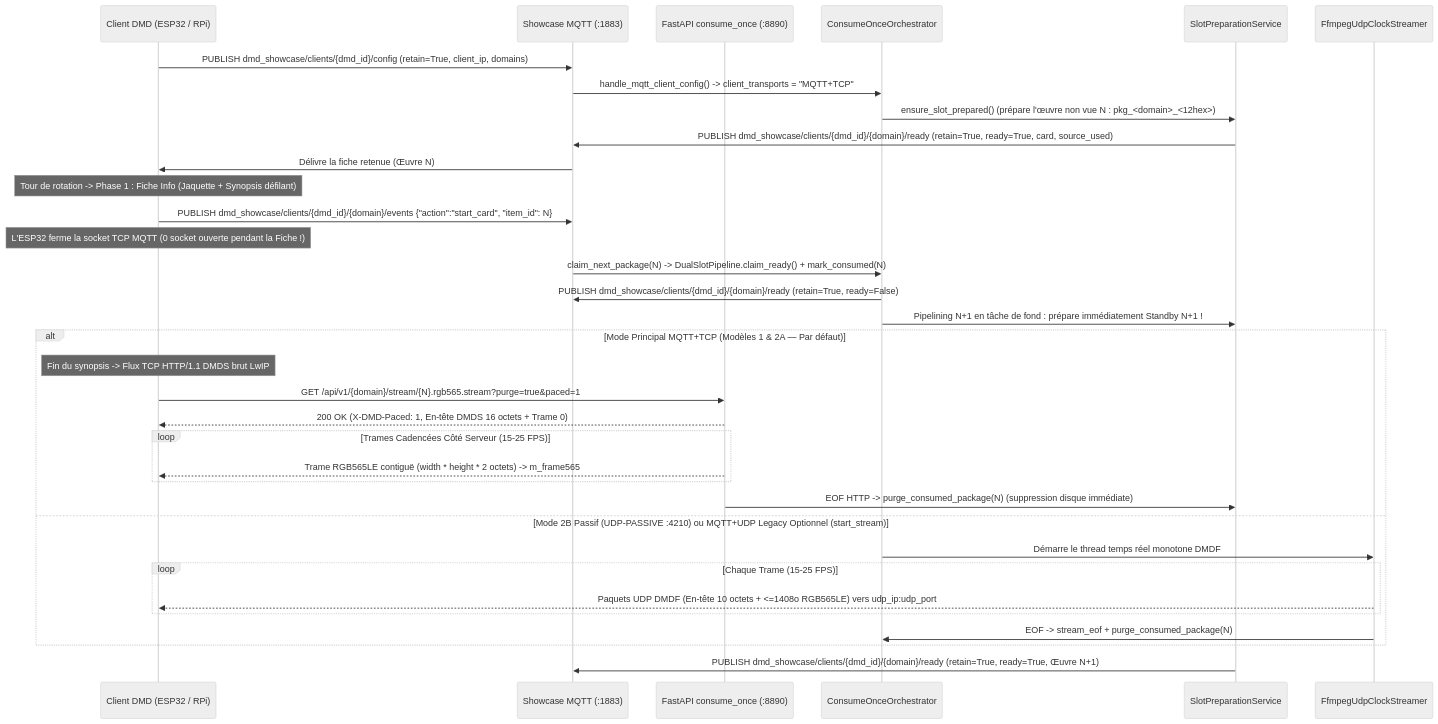
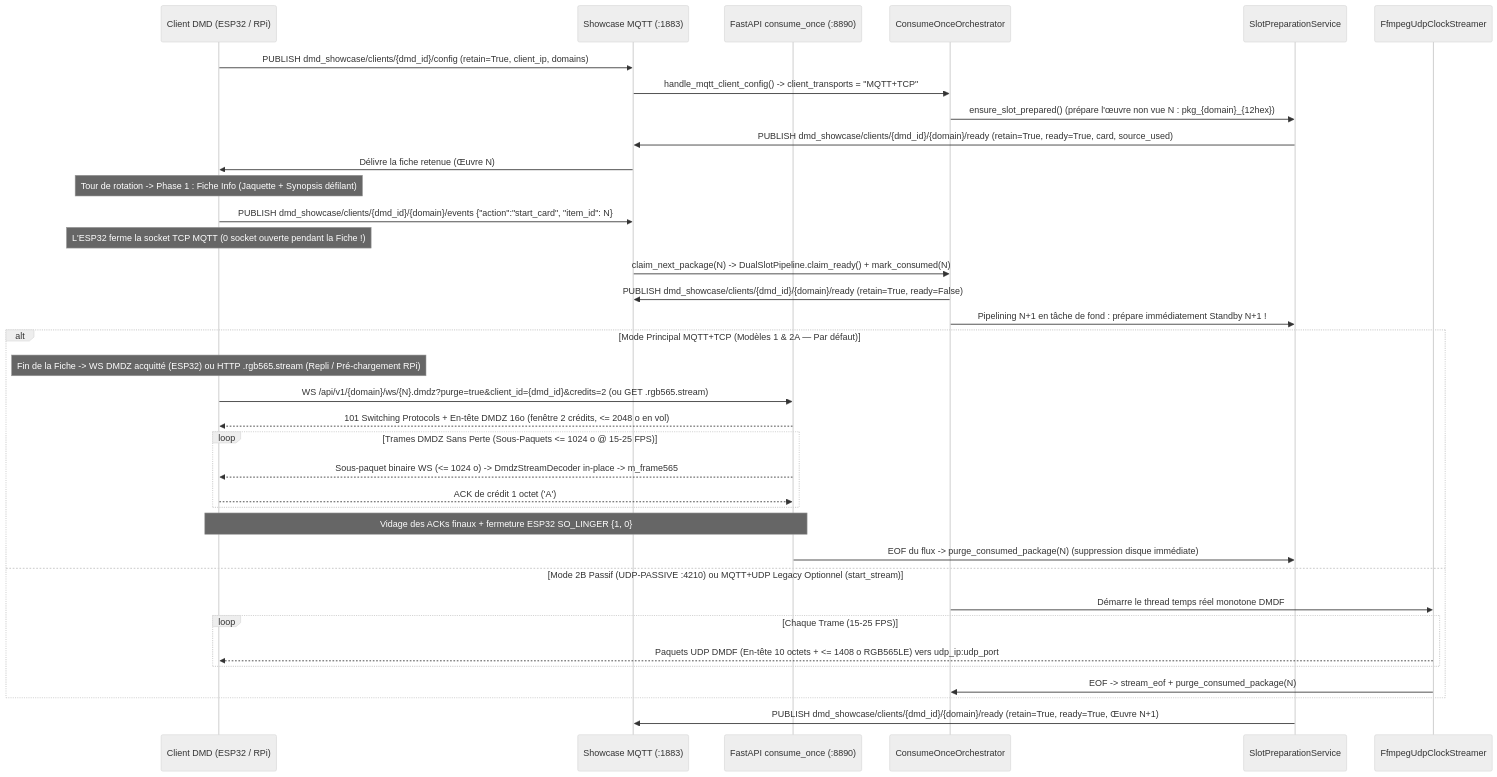
The second of 2 diagrams in docs/ARCHITECTURE_FR.md (red77290/dmd_media_showcase), drawn with Mermaid (neutral theme) before and after one commit. The commit also changed other lines of this file and 24 other files, not shown here.

Commit message:
docs(stream): document credit-acked DMDZ v1 WebSocket across OpenAPI, AsyncAPI, and trilingual guides

````diff
--- a/docs/ARCHITECTURE_FR.md
+++ b/docs/ARCHITECTURE_FR.md
@@ -145,39 +143,41 @@
 ```mermaid
 sequenceDiagram
     participant DMD as Client DMD (ESP32 / RPi)
     participant MQTT as Showcase MQTT (:1883)
     participant HTTP as FastAPI consume_once (:8890)
     participant ORCH as ConsumeOnceOrchestrator
     participant PREP as SlotPreparationService
     participant FFMPEG as FfmpegUdpClockStreamer
 
     DMD->>MQTT: PUBLISH dmd_showcase/clients/{dmd_id}/config (retain=True, client_ip, domains)
     MQTT->>ORCH: handle_mqtt_client_config() -> client_transports = "MQTT+TCP"
-    ORCH->>PREP: ensure_slot_prepared() (prépare l'œuvre non vue N : pkg_<domain>_<12hex>)
+    ORCH->>PREP: ensure_slot_prepared() (prépare l'œuvre non vue N : pkg_{domain}_{12hex})
     PREP->>MQTT: PUBLISH dmd_showcase/clients/{dmd_id}/{domain}/ready (retain=True, ready=True, card, source_used)
     MQTT->>DMD: Délivre la fiche retenue (Œuvre N)
 
     Note over DMD: Tour de rotation -> Phase 1 : Fiche Info (Jaquette + Synopsis défilant)
     DMD->>MQTT: PUBLISH dmd_showcase/clients/{dmd_id}/{domain}/events {"action":"start_card", "item_id": N}
     Note over DMD: L'ESP32 ferme la socket TCP MQTT (0 socket ouverte pendant la Fiche !)
     MQTT->>ORCH: claim_next_package(N) -> DualSlotPipeline.claim_ready() + mark_consumed(N)
     ORCH->>MQTT: PUBLISH dmd_showcase/clients/{dmd_id}/{domain}/ready (retain=True, ready=False)
     ORCH->>PREP: Pipelining N+1 en tâche de fond : prépare immédiatement Standby N+1 !
 
     alt Mode Principal MQTT+TCP (Modèles 1 & 2A — Par défaut)
-        Note over DMD: Fin du synopsis -> Flux TCP HTTP/1.1 DMDS brut LwIP
-        DMD->>HTTP: GET /api/v1/{domain}/stream/{N}.rgb565.stream?purge=true&paced=1
-        HTTP-->>DMD: 200 OK (X-DMD-Paced: 1, En-tête DMDS 16 octets + Trame 0)
-        loop Trames Cadencées Côté Serveur (15-25 FPS)
-            HTTP-->>DMD: Trame RGB565LE contiguë (width * height * 2 octets) -> m_frame565
+        Note over DMD: Fin de la Fiche -> WS DMDZ acquitté (ESP32) ou HTTP .rgb565.stream (Repli / Pré-chargement RPi)
+        DMD->>HTTP: WS /api/v1/{domain}/ws/{N}.dmdz?purge=true&client_id={dmd_id}&credits=2 (ou GET .rgb565.stream)
+        HTTP-->>DMD: 101 Switching Protocols + En-tête DMDZ 16o (fenêtre 2 crédits, <= 2048 o en vol)
+        loop Trames DMDZ Sans Perte (Sous-Paquets <= 1024 o @ 15-25 FPS)
+            HTTP-->>DMD: Sous-paquet binaire WS (<= 1024 o) -> DmdzStreamDecoder in-place -> m_frame565
+            DMD-->>HTTP: ACK de crédit 1 octet ('A')
         end
-        HTTP->>PREP: EOF HTTP -> purge_consumed_package(N) (suppression disque immédiate)
+        Note over DMD,HTTP: Vidage des ACKs finaux + fermeture ESP32 SO_LINGER {1, 0}
+        HTTP->>PREP: EOF du flux -> purge_consumed_package(N) (suppression disque immédiate)
     else Mode 2B Passif (UDP-PASSIVE :4210) ou MQTT+UDP Legacy Optionnel (start_stream)
         ORCH->>FFMPEG: Démarre le thread temps réel monotone DMDF
         loop Chaque Trame (15-25 FPS)
-            FFMPEG-->>DMD: Paquets UDP DMDF (En-tête 10 octets + <=1408o RGB565LE) vers udp_ip:udp_port
+            FFMPEG-->>DMD: Paquets UDP DMDF (En-tête 10 octets + <= 1408 o RGB565LE) vers udp_ip:udp_port
         end
         FFMPEG->>ORCH: EOF -> stream_eof + purge_consumed_package(N)
     end
     PREP->>MQTT: PUBLISH dmd_showcase/clients/{dmd_id}/{domain}/ready (retain=True, ready=True, Œuvre N+1)
 ```
````
